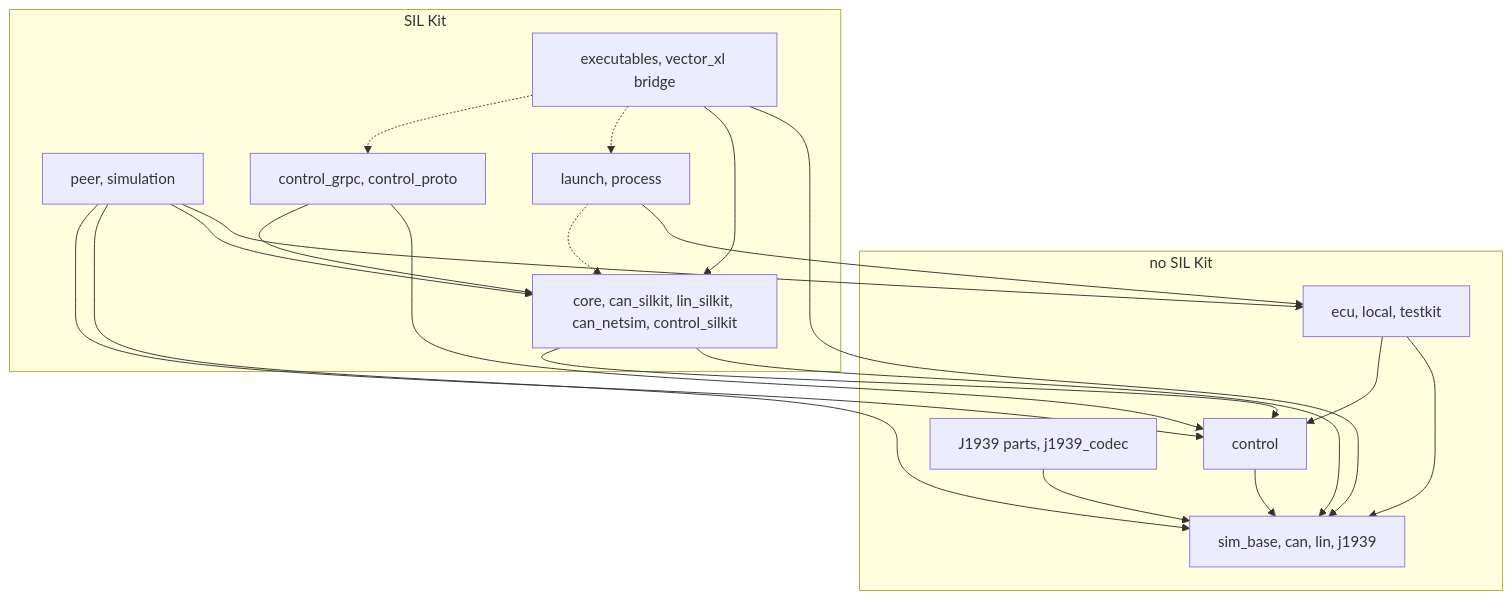
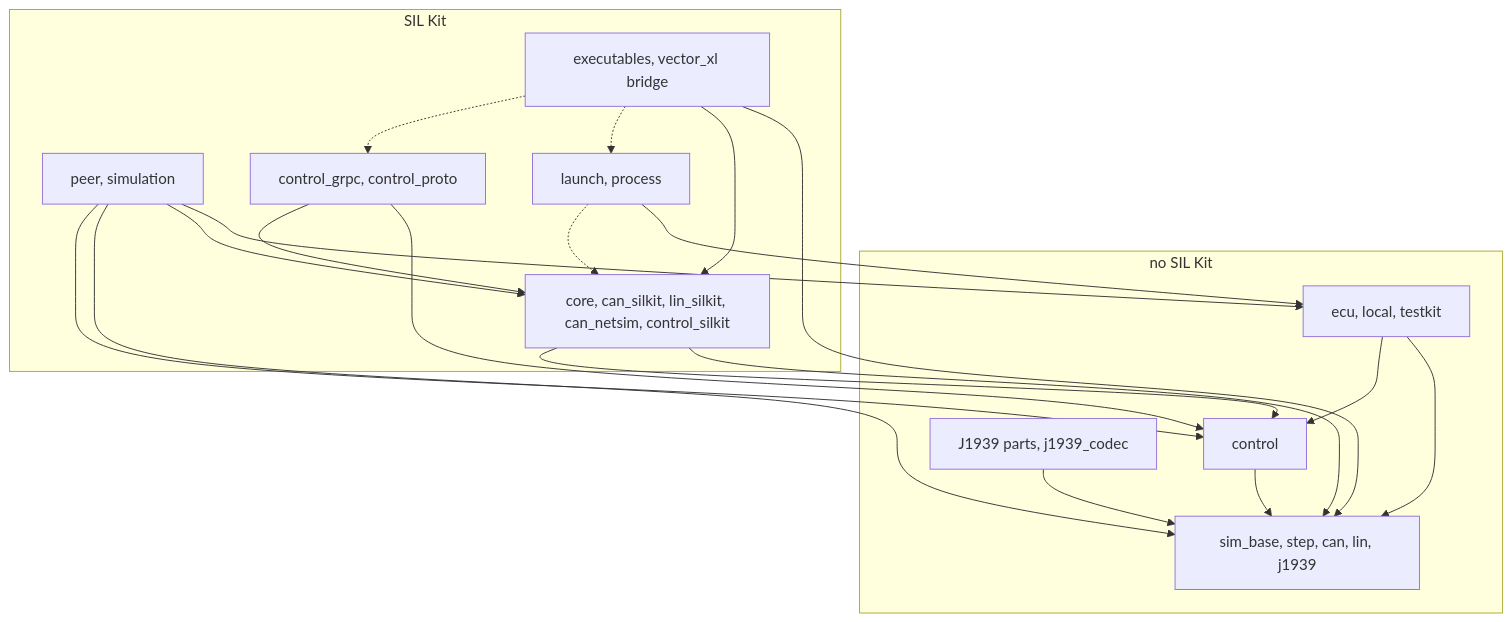
Before and after one commit to rahanahu/vehicle-sil: the first of 7 diagrams in docs/code-map.md, drawn with Mermaid. The commit also changed other lines of this file and 37 other files, not shown here.

First line of the commit message:
refactor(step): move the step host, the clocks and the two drivers out of the CAN library

````diff
--- a/docs/code-map.md
+++ b/docs/code-map.md
@@ -100,34 +102,34 @@
 ```mermaid
 flowchart TD
     subgraph no_silkit["no SIL Kit"]
-        protocols["sim_base, can, lin, j1939"]
+        protocols["sim_base, step, can, lin, j1939"]
         control["control"]
         j1939_parts["J1939 parts, j1939_codec"]
         app["ecu, local, testkit"]
     end
     subgraph with_silkit["SIL Kit"]
         bindings["core, can_silkit, lin_silkit, can_netsim, control_silkit"]
         run["peer, simulation"]
         launch_process["launch, process"]
         grpc["control_grpc, control_proto"]
         tools["executables, vector_xl bridge"]
     end
     j1939_parts --> protocols
     control --> protocols
     app --> protocols
     app --> control
     bindings --> protocols
     bindings --> control
     run --> app
     run --> bindings
     run --> protocols
     run --> control
     launch_process --> app
     launch_process -.-> bindings
     grpc --> control
     grpc --> bindings
     tools --> protocols
     tools --> bindings
     tools -.-> launch_process
     tools -.-> grpc
 ```
````
